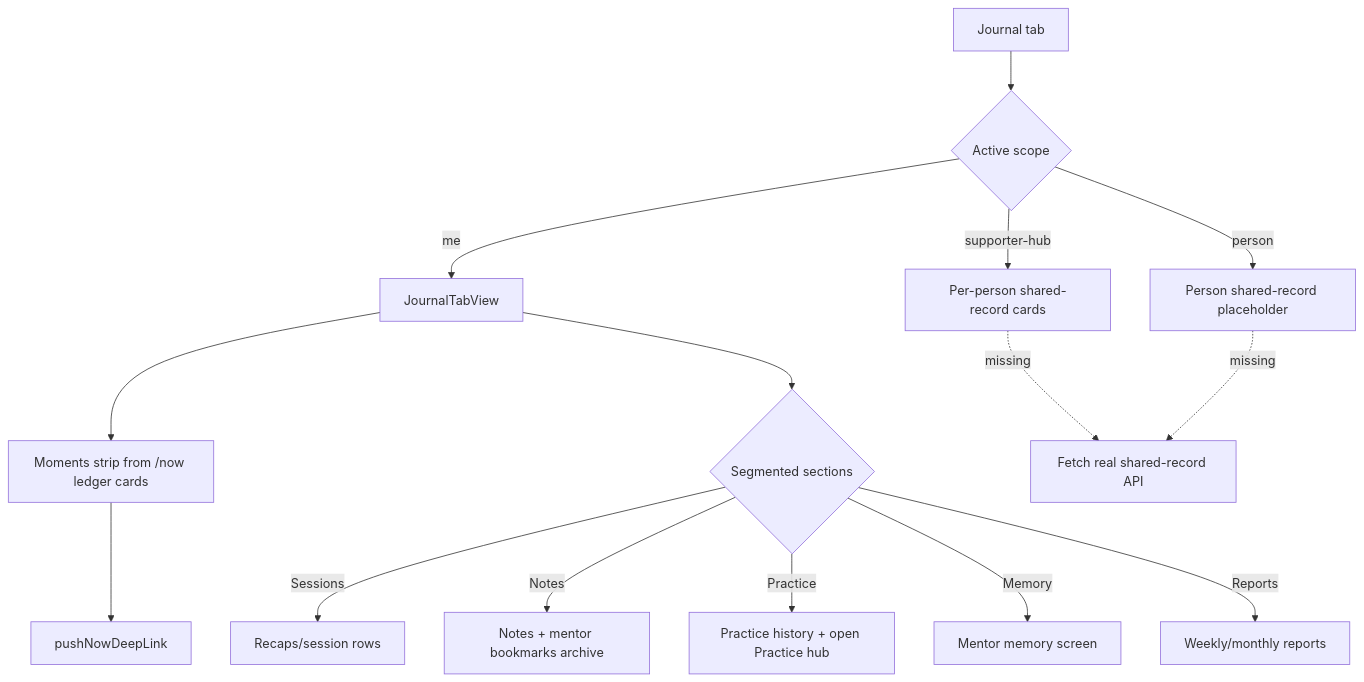
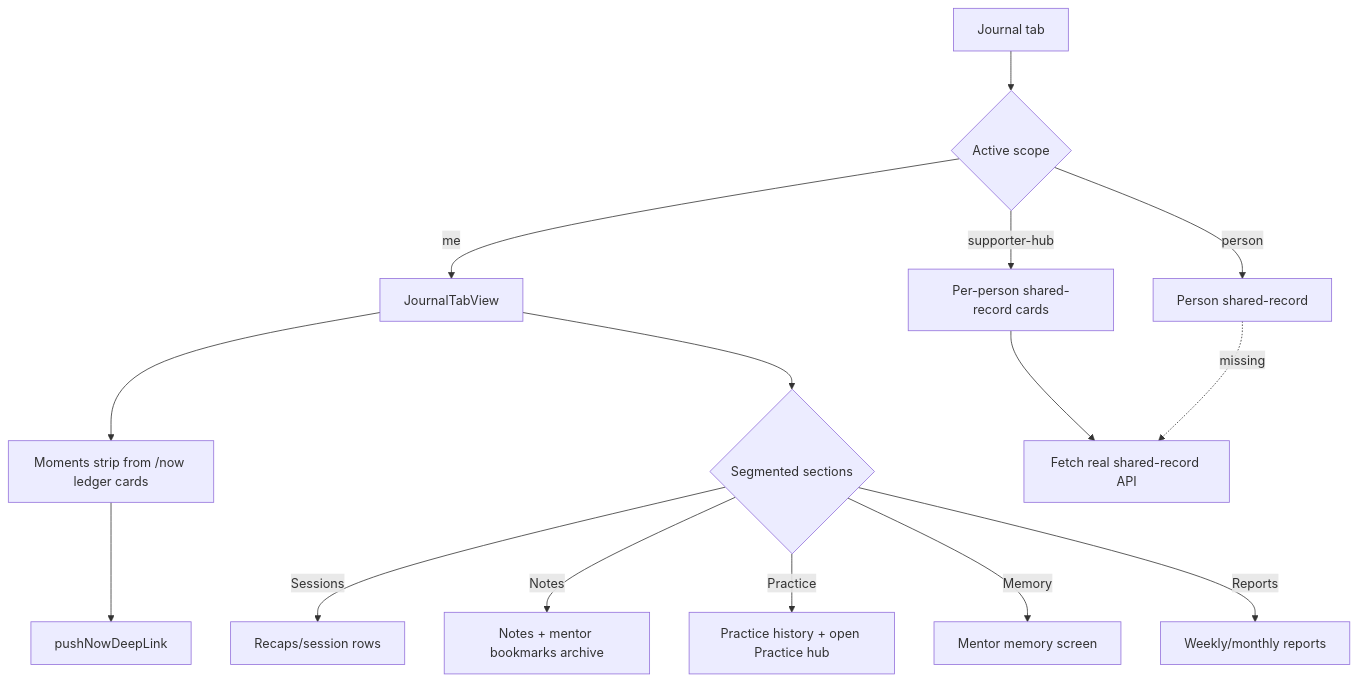
The fifth of 5 diagrams in docs/plans/v2-dossier/07-trigger-flow-logic-map.md (cognoco/eduagent-build), drawn with Mermaid before and after one commit. The commit also changed other lines of this file and 18 other files, not shown here.

First line of the commit message:
feat(v2): wire shared-record journal data [WI-1168]

````diff
--- a/docs/plans/v2-dossier/07-trigger-flow-logic-map.md
+++ b/docs/plans/v2-dossier/07-trigger-flow-logic-map.md
@@ -128,18 +128,18 @@
 ```mermaid
 flowchart TD
   JT[Journal tab] --> Scope{Active scope}
   Scope -- me --> Private[JournalTabView]
   Private --> Moments[Moments strip from /now ledger cards]
   Moments --> DL[pushNowDeepLink]
   Private --> Sections{Segmented sections}
   Sections -- Sessions --> Recaps[Recaps/session rows]
   Sections -- Notes --> Notes[Notes + mentor bookmarks archive]
   Sections -- Practice --> Practice[Practice history + open Practice hub]
   Sections -- Memory --> Memory[Mentor memory screen]
   Sections -- Reports --> Reports[Weekly/monthly reports]
 
   Scope -- supporter-hub --> HubRecord[Per-person shared-record cards]
-  Scope -- person --> PersonRecord[Person shared-record placeholder]
-  HubRecord -. missing .-> RealShared[Fetch real shared-record API]
+  Scope -- person --> PersonRecord[Person shared-record]
+  HubRecord --> RealShared[Fetch real shared-record API]
   PersonRecord -. missing .-> RealShared
 ```
````
